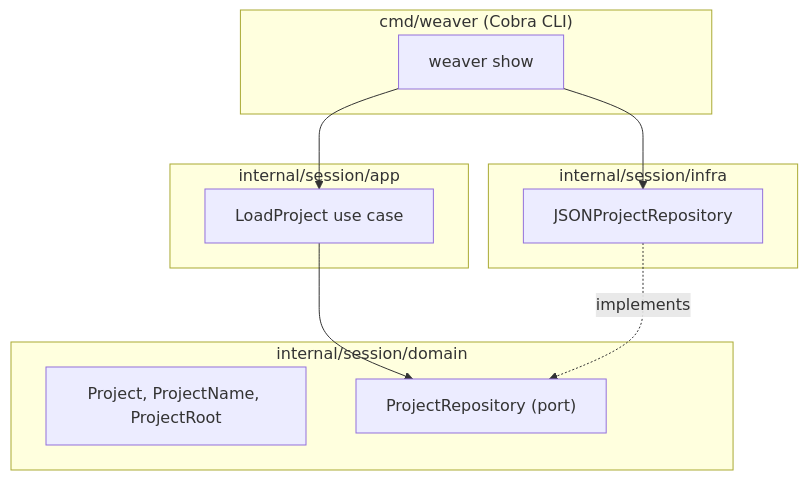
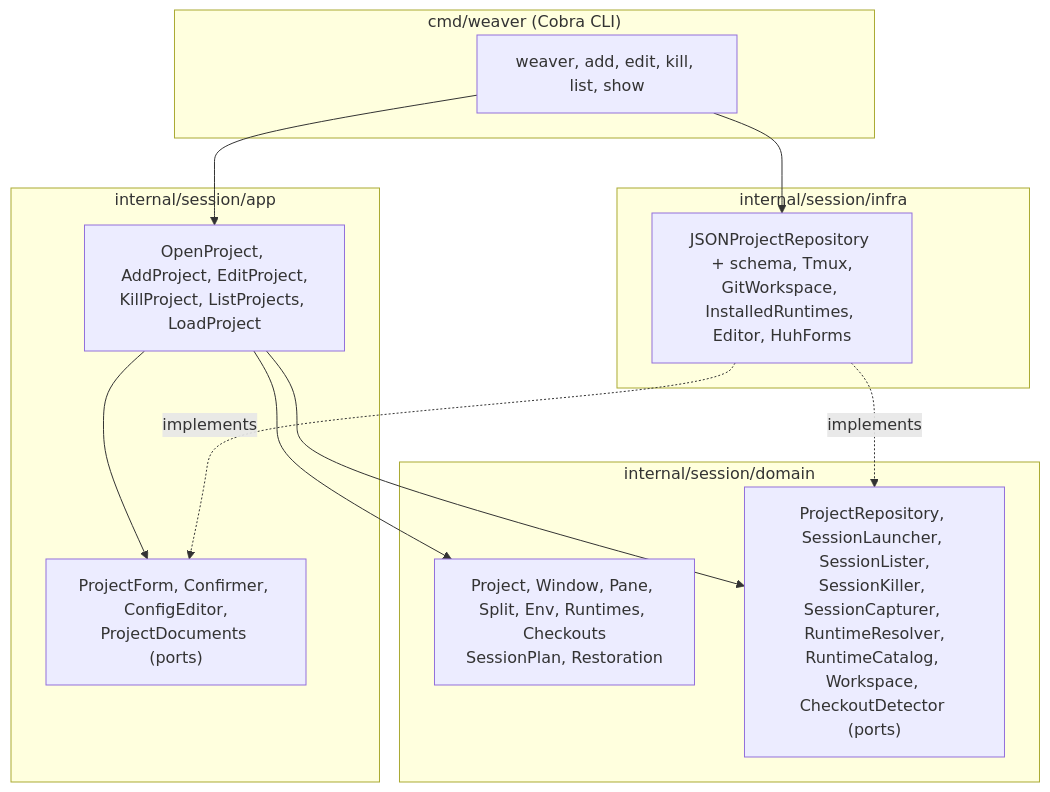
The diagram in README.md (medilies/weaver), drawn with Mermaid before and after one commit. The commit also changed other lines of this file and 1 other file, not shown here.

Commit message:
docs: describe the session architecture
The project rules now say where ports live, list the infra adapters,
keep the terminal UI library out of domain and app, and explain how
the tmux, git and form checks stay off the user's own sessions and
config. The README diagram shows every use case, port and adapter.

````diff
--- a/README.md
+++ b/README.md
@@ -148,21 +149,25 @@
 ```mermaid
 graph TD
     subgraph cmd["cmd/weaver (Cobra CLI)"]
-        CLI["weaver show"]
+        CLI["weaver, add, edit, kill, list, show"]
     end
     subgraph app["internal/session/app"]
-        LP["LoadProject use case"]
+        UC["OpenProject, AddProject, EditProject,<br/>KillProject, ListProjects, LoadProject"]
+        AP["ProjectForm, Confirmer, ConfigEditor,<br/>ProjectDocuments (ports)"]
     end
     subgraph domain["internal/session/domain"]
-        P["Project, ProjectName, ProjectRoot"]
-        PR["ProjectRepository (port)"]
+        M["Project, Window, Pane, Split, Env, Runtimes, Checkouts<br/>SessionPlan, Restoration"]
+        DP["ProjectRepository, SessionLauncher, SessionLister,<br/>SessionKiller, SessionCapturer, RuntimeResolver,<br/>RuntimeCatalog, Workspace, CheckoutDetector (ports)"]
     end
     subgraph infra["internal/session/infra"]
-        JSON["JSONProjectRepository"]
+        A["JSONProjectRepository + schema, Tmux,<br/>GitWorkspace, InstalledRuntimes, Editor, HuhForms"]
     end
 
-    CLI --> LP
-    CLI --> JSON
-    LP --> PR
-    JSON -.implements.-> PR
+    CLI --> UC
+    CLI --> A
+    UC --> M
+    UC --> DP
+    UC --> AP
+    A -.implements.-> DP
+    A -.implements.-> AP
 ```
````
